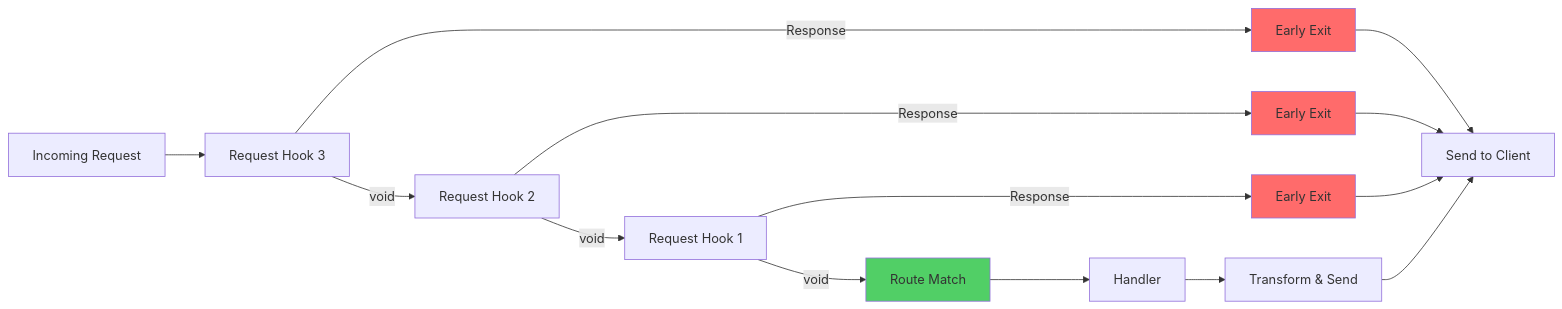
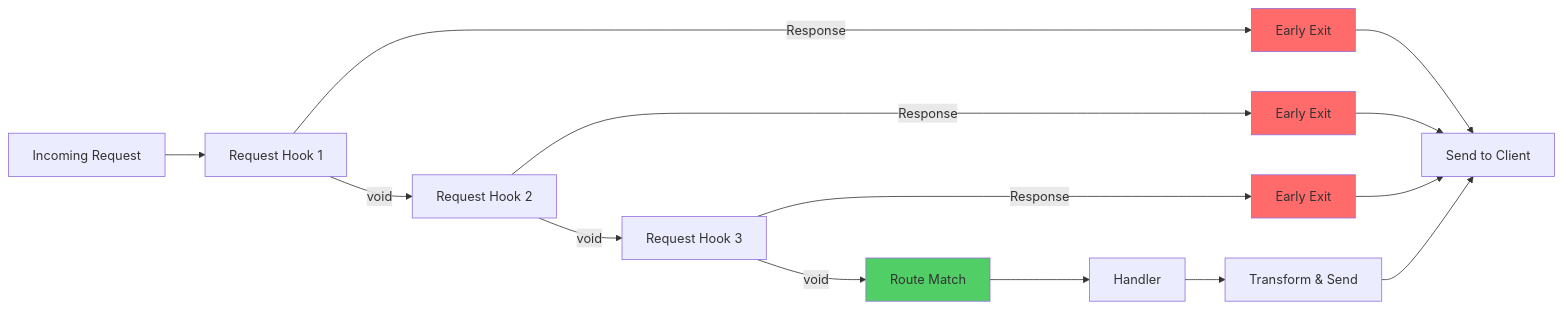
One commit to minima-js/minimajs changed the diagram in docs/guides/diagrams/request-hook-flow.md. Above: the diagram before and after it, drawn with Mermaid. The commit also changed 6 other files, not shown here.

````diff
--- a/docs/guides/diagrams/request-hook-flow.md
+++ b/docs/guides/diagrams/request-hook-flow.md
@@ -1,21 +1,21 @@
 ```mermaid
 graph LR
-    A[Incoming Request] --> B[Request Hook 3]
+    A[Incoming Request] --> B[Request Hook 1]
     B -->|Response| Exit1[Early Exit]
     B -->|void| C[Request Hook 2]
     C -->|Response| Exit2[Early Exit]
-    C -->|void| D[Request Hook 1]
+    C -->|void| D[Request Hook 3]
     D -->|Response| Exit3[Early Exit]
     D -->|void| E[Route Match]
 
     E --> F[Handler]
     F --> G[Transform & Send]
 
     Exit1 & Exit2 & Exit3 --> H[Send to Client]
     G --> H
 
     style Exit1 fill:#ff6b6b
     style Exit2 fill:#ff6b6b
     style Exit3 fill:#ff6b6b
     style E fill:#51cf66
 ```
````
